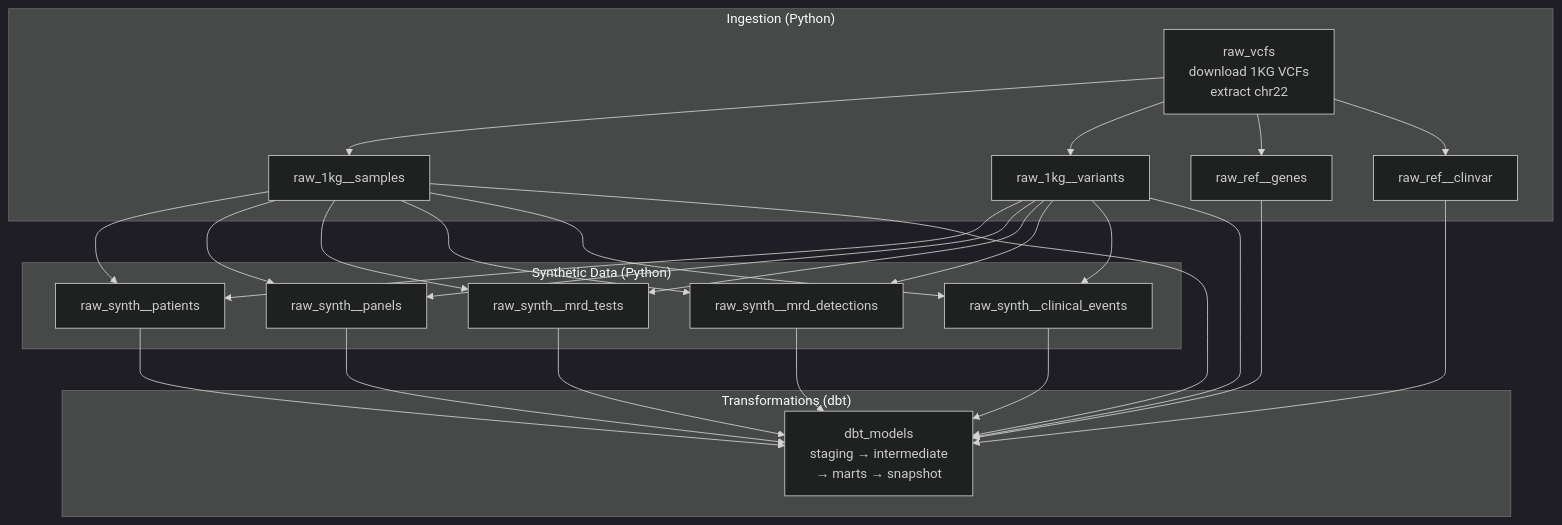
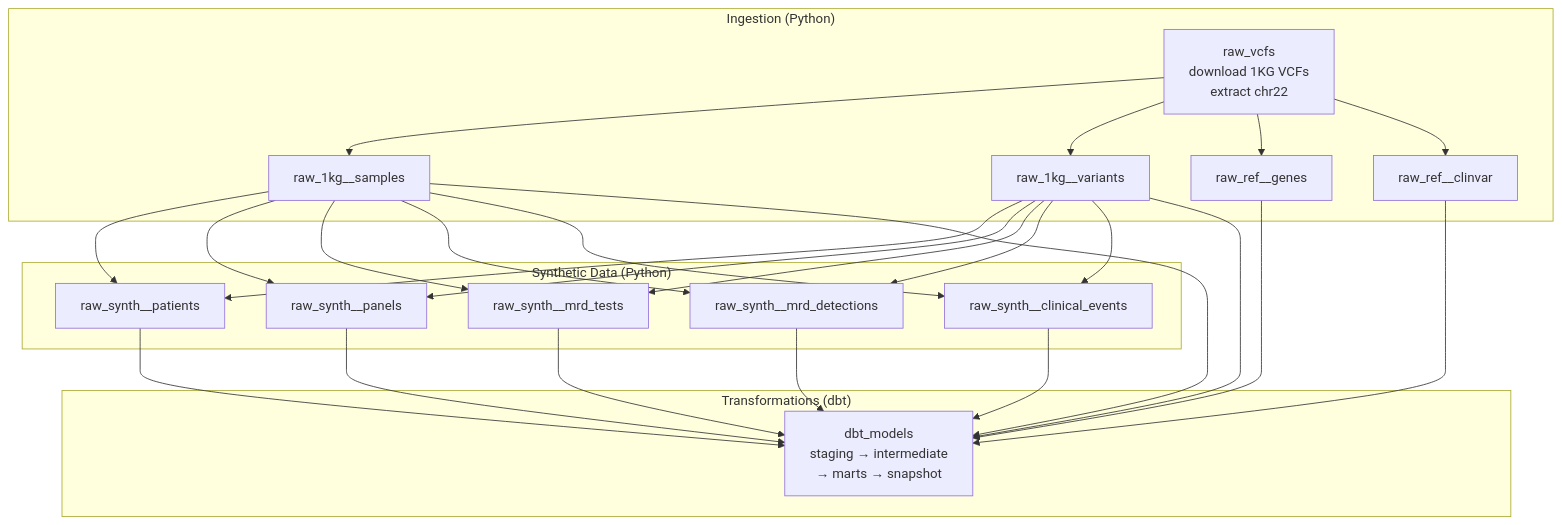
Before and after one commit to mikesparr/1000-genomes-dwh: the diagram in orchestrator/README.md, drawn with Mermaid. The commit also changed other lines of this file and 2 other files, not shown here.

````diff
--- a/orchestrator/README.md
+++ b/orchestrator/README.md
@@ -17,49 +17,48 @@
 ```mermaid
-%%{init: {'theme':'dark'}}%%
 flowchart TD
     subgraph ingestion["Ingestion (Python)"]
         A[raw_vcfs<br/>download 1KG VCFs<br/>extract chr22]
         B1[raw_1kg__samples]
         B2[raw_1kg__variants]
         B3[raw_ref__genes]
         B4[raw_ref__clinvar]
     end
 
     subgraph synth["Synthetic Data (Python)"]
         C1[raw_synth__patients]
         C2[raw_synth__panels]
         C3[raw_synth__mrd_tests]
         C4[raw_synth__mrd_detections]
         C5[raw_synth__clinical_events]
     end
 
     subgraph dbt["Transformations (dbt)"]
         D[dbt_models<br/>staging → intermediate<br/>→ marts → snapshot]
     end
 
     A --> B1
     A --> B2
     A --> B3
     A --> B4
 
     B1 --> C1
     B1 --> C2
     B1 --> C3
     B1 --> C4
     B1 --> C5
     B2 --> C1
     B2 --> C2
     B2 --> C3
     B2 --> C4
     B2 --> C5
 
     B1 --> D
     B2 --> D
     B3 --> D
     B4 --> D
     C1 --> D
     C2 --> D
     C3 --> D
     C4 --> D
     C5 --> D
 ```
````
